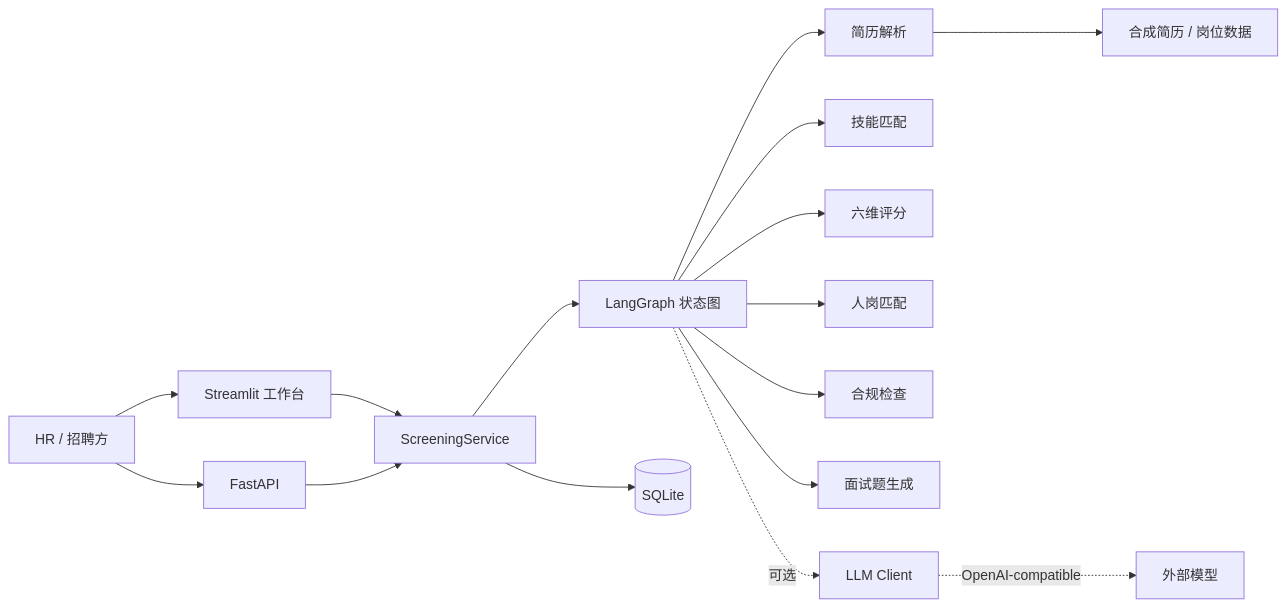
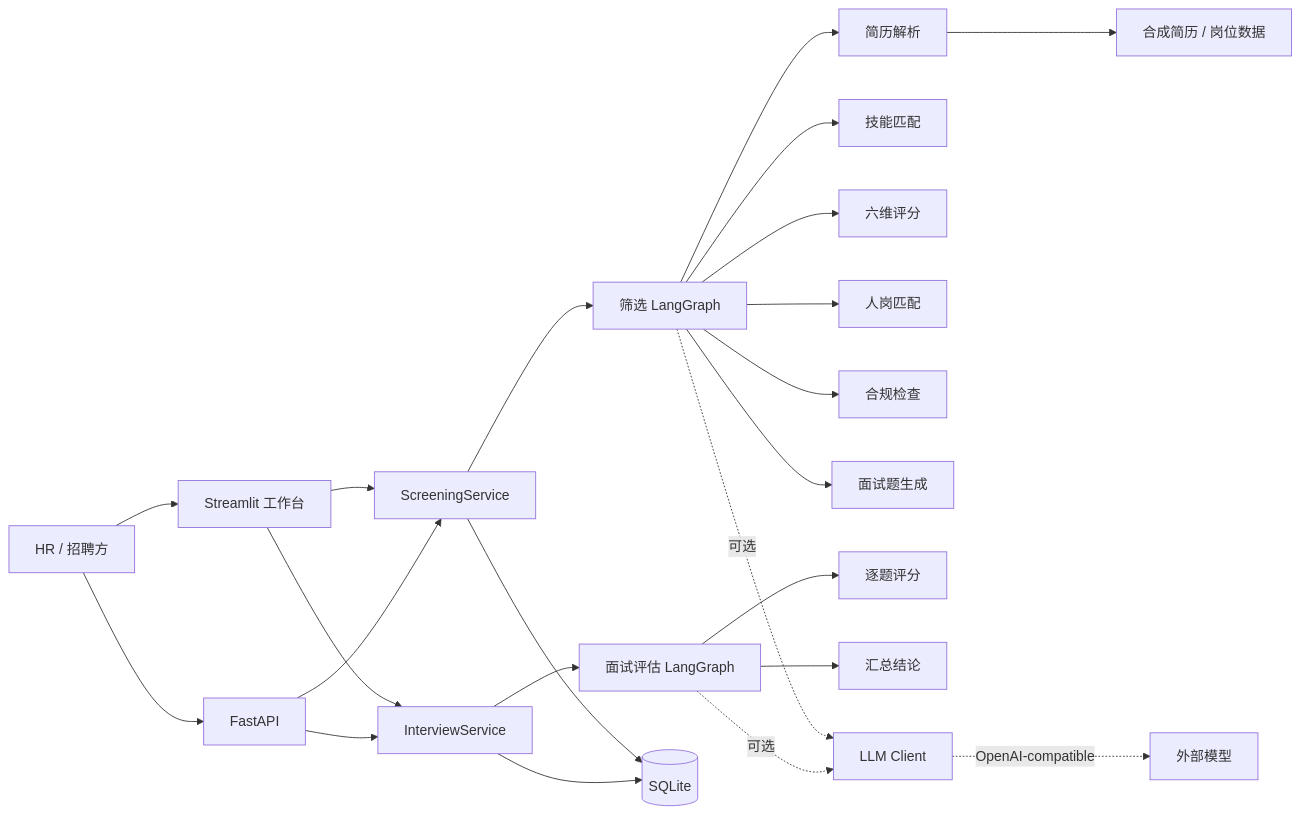
One commit to yuweian195/hire-agent changed the first of 3 diagrams in README.md. Above: the diagram before and after it, drawn with Mermaid. The commit also changed other lines of this file and 6 other files, not shown here.

First line of the commit message:
docs: document v0.2 workflows and architecture

````diff
--- a/README.md
+++ b/README.md
@@ -38,18 +44,25 @@
 ```mermaid
 flowchart LR
     U[HR / 招聘方] --> UI[Streamlit 工作台]
     U --> API[FastAPI]
     UI --> S[ScreeningService]
+    UI --> I[InterviewService]
     API --> S
-    S --> G[LangGraph 状态图]
+    API --> I
+    S --> G[筛选 LangGraph]
+    I --> IG[面试评估 LangGraph]
     G --> P[简历解析]
     G --> K[技能匹配]
     G --> R[六维评分]
     G --> M[人岗匹配]
     G --> C[合规检查]
     G --> Q[面试题生成]
+    IG --> A[逐题评分]
+    IG --> B[汇总结论]
     G -. 可选 .-> L[LLM Client]
+    IG -. 可选 .-> L
     L -. OpenAI-compatible .-> E[外部模型]
     S --> DB[(SQLite)]
+    I --> DB
     P --> D[合成简历 / 岗位数据]
 ```
````
